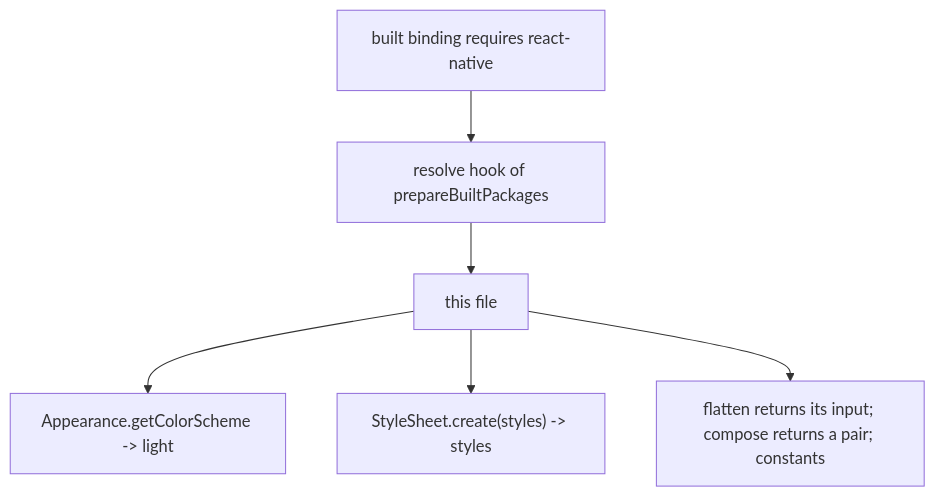
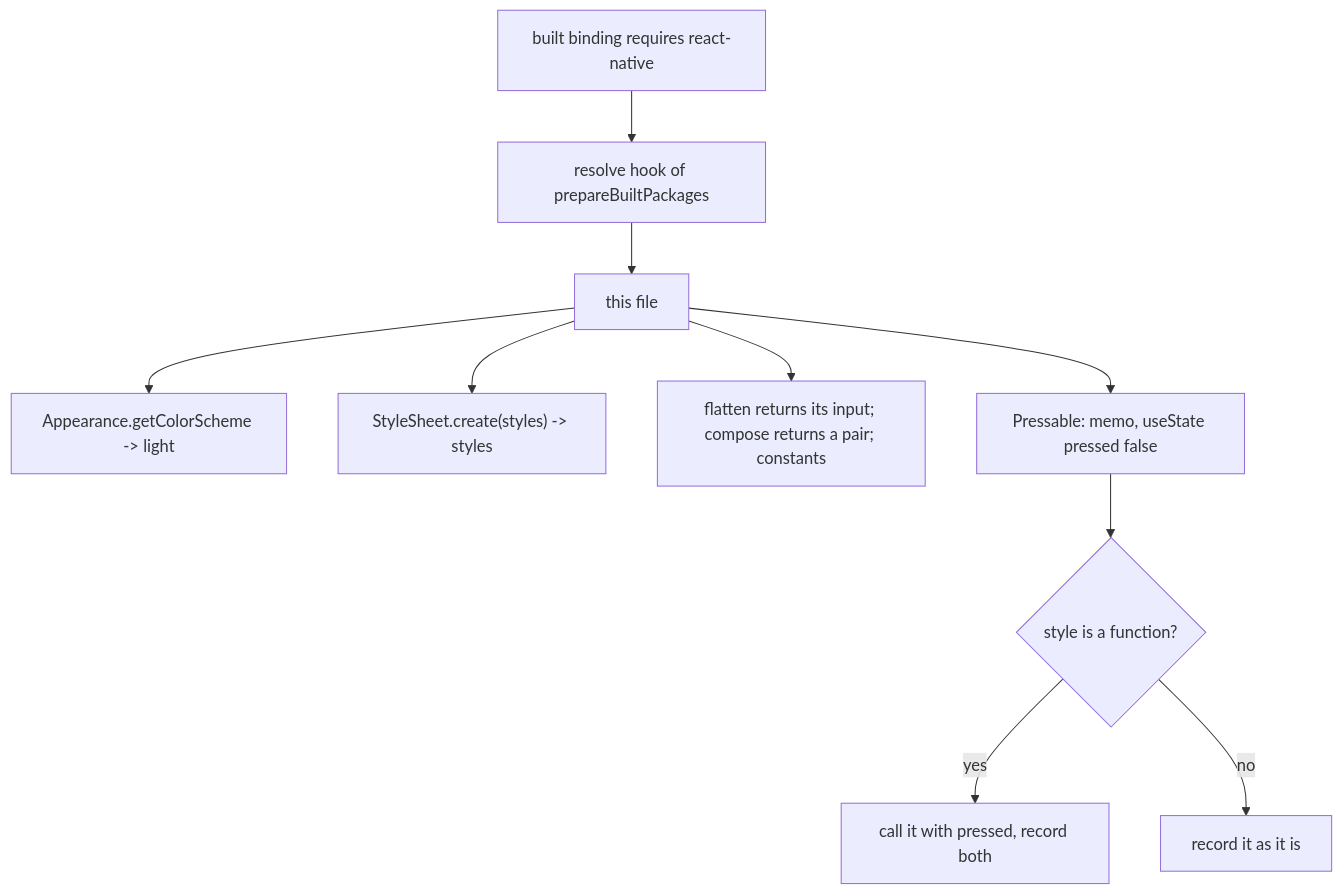
Before and after one commit to soroush-tech/umber-style: the diagram in packages/react-native/bench/platform.md, drawn with Mermaid. The commit also changed other lines of this file and 80 other files, not shown here.

````diff
--- a/packages/react-native/bench/platform.md
+++ b/packages/react-native/bench/platform.md
@@ -19,8 +23,12 @@
 ```mermaid
 flowchart TD
   req["built binding requires react-native"] --> hook["resolve hook of prepareBuiltPackages"]
   hook --> here["this file"]
   here --> app["Appearance.getColorScheme -> light"]
   here --> sh["StyleSheet.create(styles) -> styles"]
   here --> rest["flatten returns its input; compose returns a pair; constants"]
+  here --> press["Pressable: memo, useState pressed false"]
+  press --> isFn{"style is a function?"}
+  isFn -->|"yes"| called["call it with pressed, record both"]
+  isFn -->|"no"| kept["record it as it is"]
 ```
````
